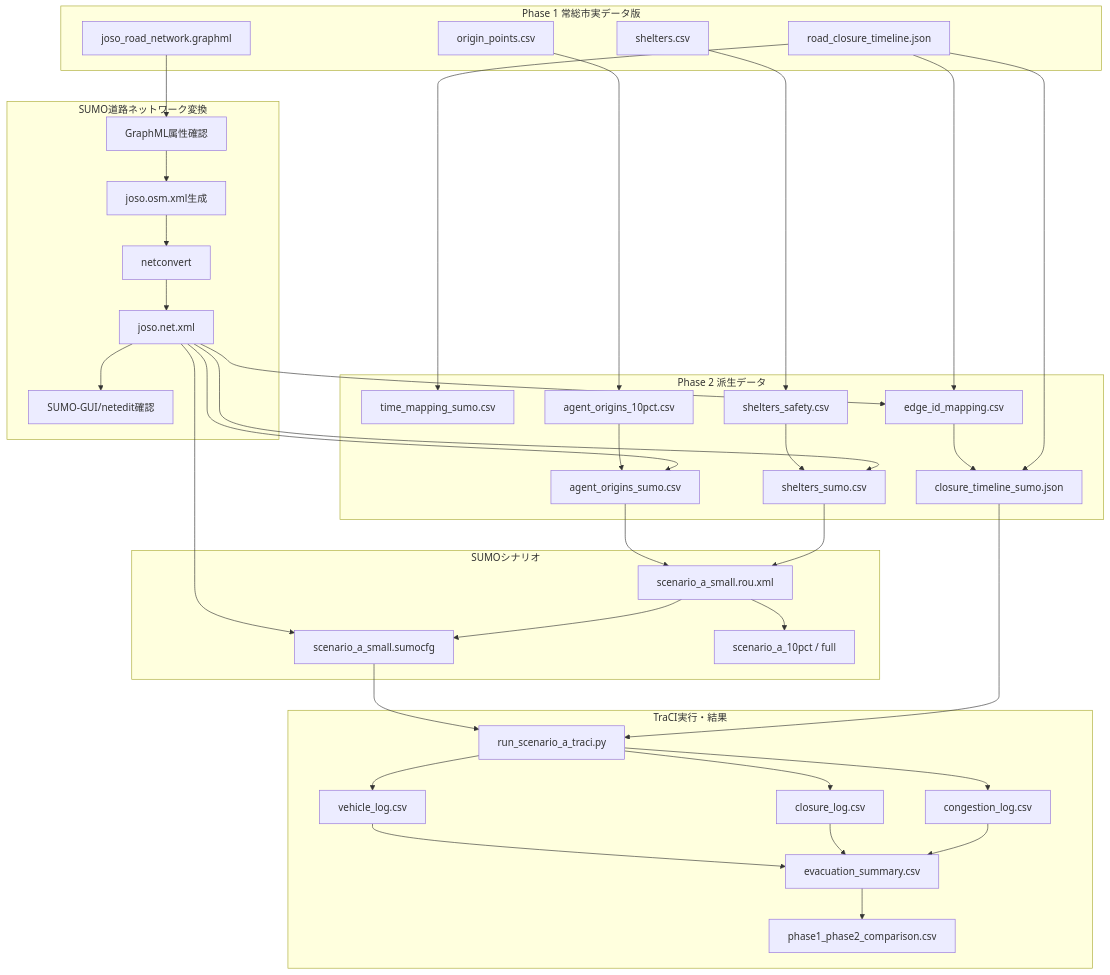
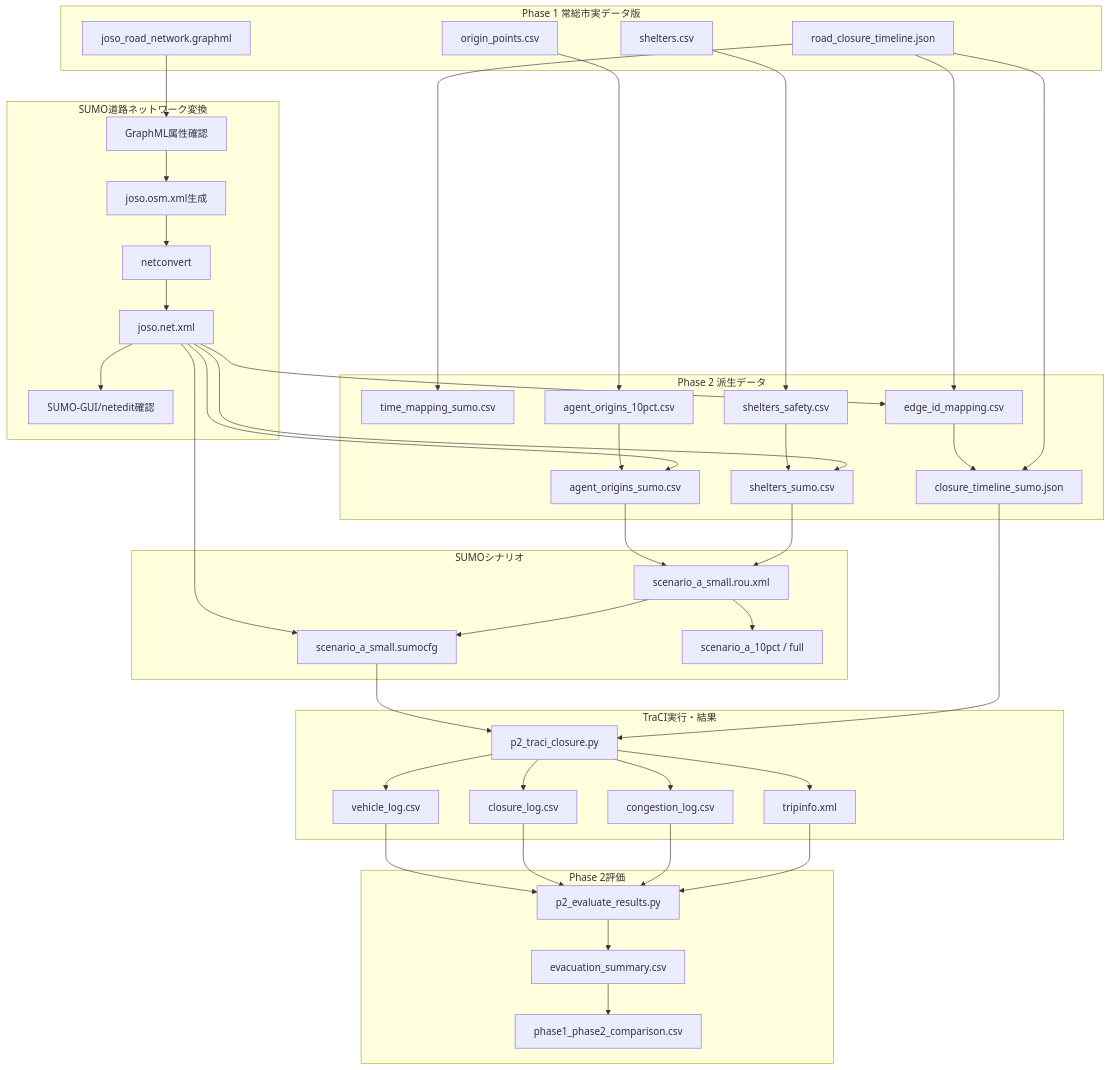
The sixth of 7 diagrams in 03_研究設計文書/図表・UML/データフロー図.md (23f302020/joso-evacuation-simulation), drawn with Mermaid before and after one commit. The commit also changed other lines of this file and 313 other files, not shown here.

````diff
--- a/03_研究設計文書/図表・UML/データフロー図.md
+++ b/03_研究設計文書/図表・UML/データフロー図.md
@@ -397,67 +398,72 @@
 ```mermaid
 flowchart TD
     subgraph P1["Phase 1 常総市実データ版"]
         G["joso_road_network.graphml"]
         C["road_closure_timeline.json"]
         O["origin_points.csv"]
         S["shelters.csv"]
     end
 
     subgraph NET["SUMO道路ネットワーク変換"]
         A["GraphML属性確認"]
         B["joso.osm.xml生成"]
         D["netconvert"]
         E["joso.net.xml"]
         F["SUMO-GUI/netedit確認"]
     end
 
     subgraph DER["Phase 2 派生データ"]
         T["time_mapping_sumo.csv"]
         SAFE["shelters_safety.csv"]
         AG["agent_origins_10pct.csv"]
         MAP["edge_id_mapping.csv"]
         CLOSE["closure_timeline_sumo.json"]
         OS["agent_origins_sumo.csv"]
         SS["shelters_sumo.csv"]
     end
 
     subgraph SCN["SUMOシナリオ"]
         R1["scenario_a_small.rou.xml"]
         CFG1["scenario_a_small.sumocfg"]
         R2["scenario_a_10pct / full"]
     end
 
     subgraph RUN["TraCI実行・結果"]
-        TR["run_scenario_a_traci.py"]
+        TR["p2_traci_closure.py"]
         VL["vehicle_log.csv"]
         CL["closure_log.csv"]
         CG["congestion_log.csv"]
+        TI["tripinfo.xml"]
+    end
+
+    subgraph EVALUATION["Phase 2評価"]
+        EV["p2_evaluate_results.py"]
         ES["evacuation_summary.csv"]
         CMP["phase1_phase2_comparison.csv"]
     end
 
     G --> A --> B --> D --> E --> F
     E --> MAP
     C --> MAP
     MAP --> CLOSE
     C --> CLOSE
     C --> T
     S --> SAFE --> SS
     O --> AG --> OS
     E --> OS
     E --> SS
     OS --> R1
     SS --> R1
     E --> CFG1
     R1 --> CFG1
     CFG1 --> TR
     CLOSE --> TR
     TR --> VL
     TR --> CL
     TR --> CG
-    VL --> ES
-    CL --> ES
-    CG --> ES
+    TR --> TI
+    VL & CL & CG & TI --> EV
+    EV --> ES
     ES --> CMP
     R1 --> R2
 ```
````
